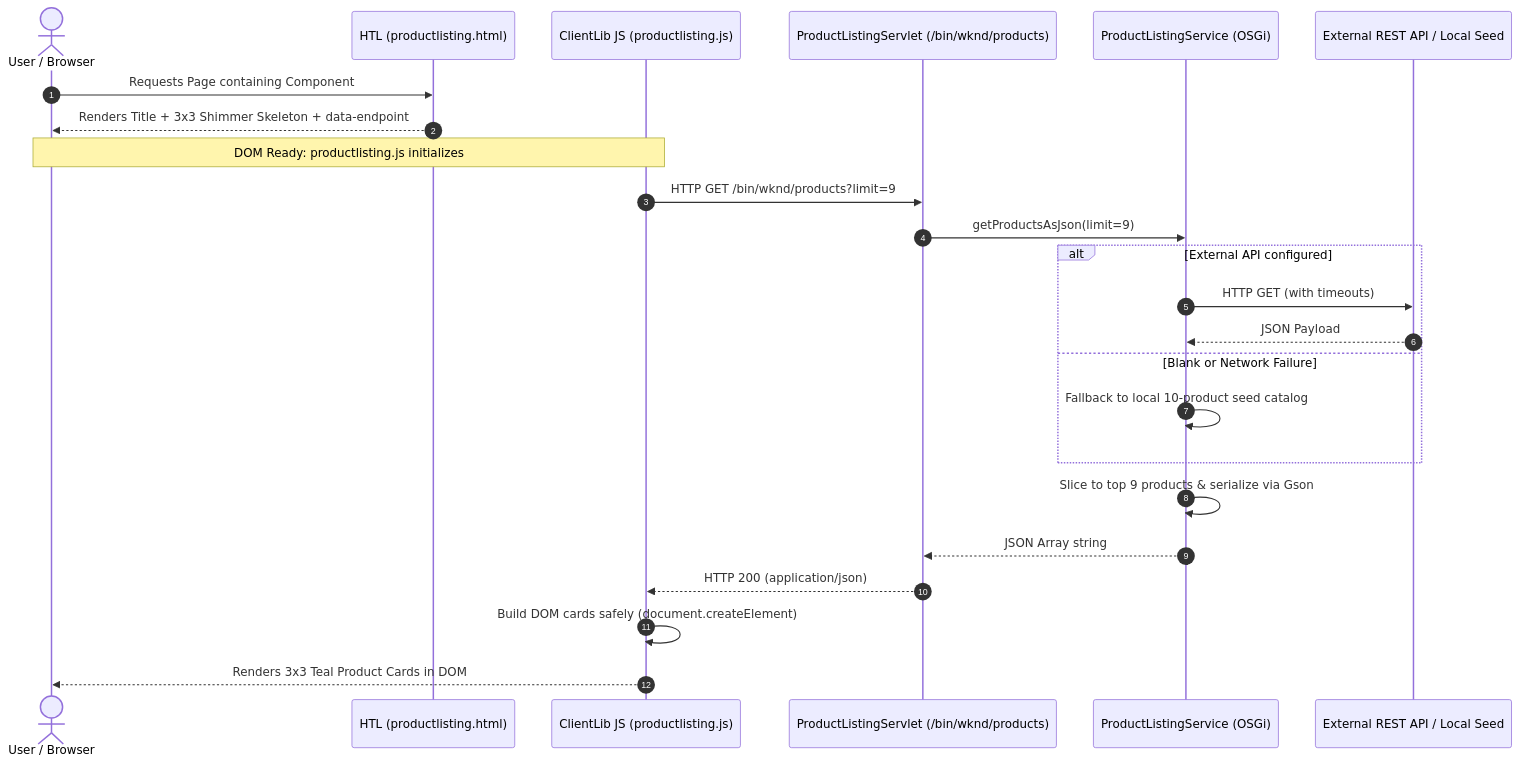
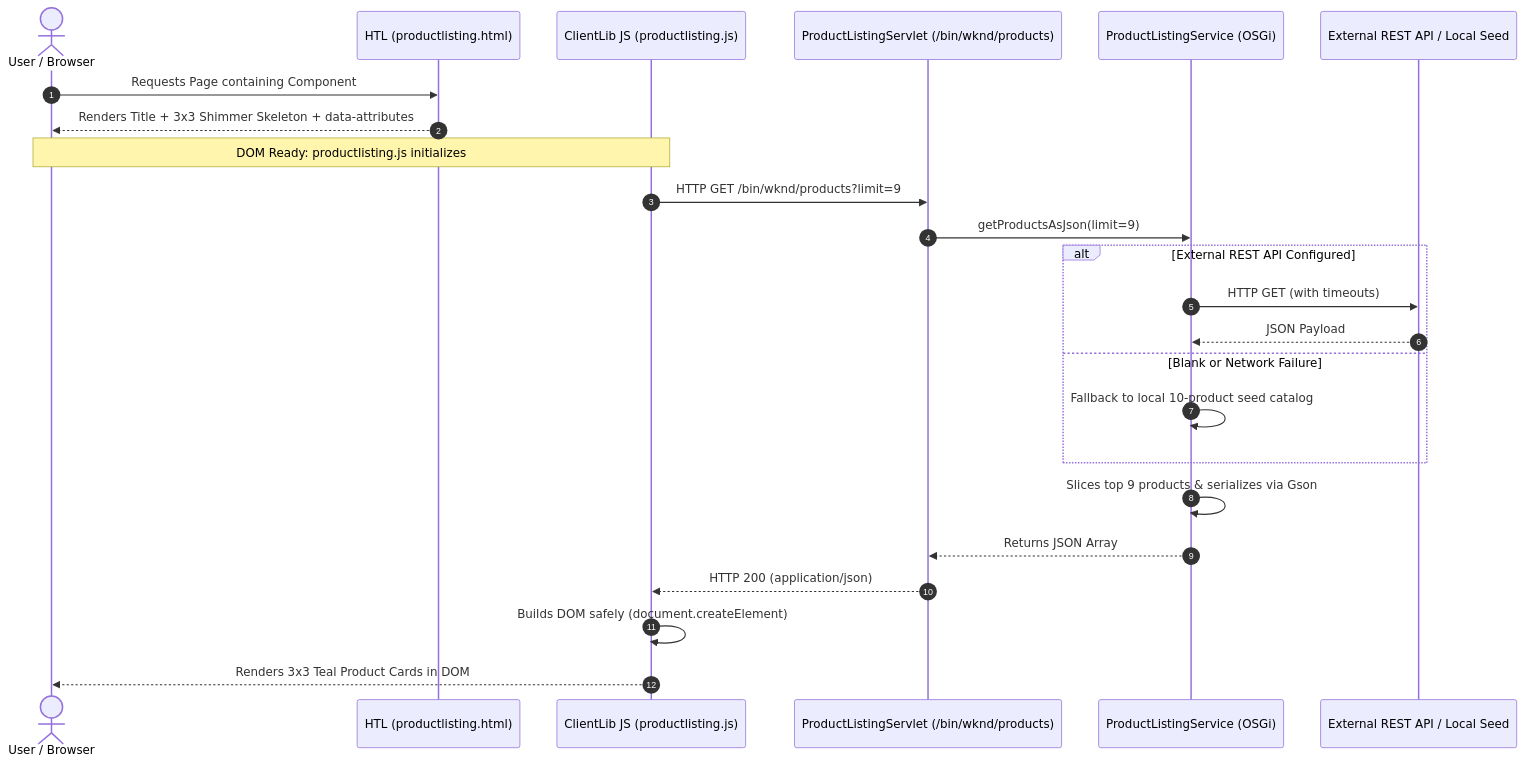
The diagram in INTERVIEW_SUBMISSION.md (github4tap/reboot-devlopment), drawn with Mermaid before and after one commit. The commit also changed other lines of this file and 20 other files, not shown here.

````diff
--- a/INTERVIEW_SUBMISSION.md
+++ b/INTERVIEW_SUBMISSION.md
@@ -50,27 +41,27 @@
 ```mermaid
 sequenceDiagram
     autonumber
     actor User as User / Browser
     participant HTL as HTL (productlisting.html)
     participant JS as ClientLib JS (productlisting.js)
     participant Servlet as ProductListingServlet (/bin/wknd/products)
     participant Service as ProductListingService (OSGi)
     participant Remote as External REST API / Local Seed
 
     User->>HTL: Requests Page containing Component
-    HTL-->>User: Renders Title + 3x3 Shimmer Skeleton + data-endpoint
+    HTL-->>User: Renders Title + 3x3 Shimmer Skeleton + data-attributes
     Note over User,JS: DOM Ready: productlisting.js initializes
     JS->>Servlet: HTTP GET /bin/wknd/products?limit=9
     Servlet->>Service: getProductsAsJson(limit=9)
-    alt External API configured
+    alt External REST API Configured
         Service->>Remote: HTTP GET (with timeouts)
         Remote-->>Service: JSON Payload
     else Blank or Network Failure
         Service->>Service: Fallback to local 10-product seed catalog
     end
-    Service->>Service: Slice to top 9 products & serialize via Gson
-    Service-->>Servlet: JSON Array string
+    Service->>Service: Slices top 9 products & serializes via Gson
+    Service-->>Servlet: Returns JSON Array
     Servlet-->>JS: HTTP 200 (application/json)
-    JS->>JS: Build DOM cards safely (document.createElement)
+    JS->>JS: Builds DOM safely (document.createElement)
     JS-->>User: Renders 3x3 Teal Product Cards in DOM
 ```
````
